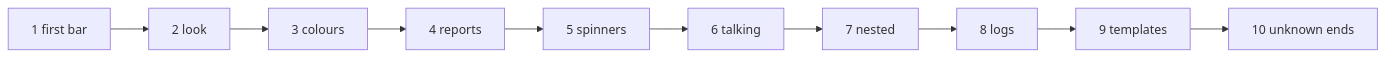
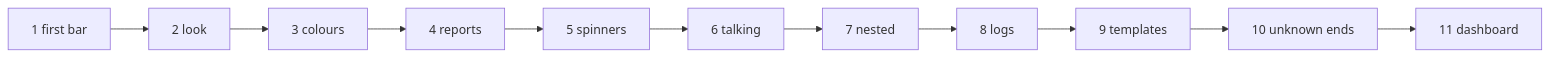
One commit to szaghi/forbear changed the diagram in docs/manual/index.md. Above: the diagram before and after it, drawn with Mermaid. The commit also changed other lines of this file and 48 other files, not shown here.

````diff
--- a/docs/manual/index.md
+++ b/docs/manual/index.md
@@ -29,5 +30,5 @@
 ```mermaid
 flowchart LR
   c1[1 first bar] --> c2[2 look] --> c3[3 colours] --> c4[4 reports] --> c5[5 spinners]
-  c5 --> c6[6 talking] --> c7[7 nested] --> c8[8 logs] --> c9[9 templates] --> c10[10 unknown ends]
+  c5 --> c6[6 talking] --> c7[7 nested] --> c8[8 logs] --> c9[9 templates] --> c10[10 unknown ends] --> c11[11 dashboard]
 ```
````
